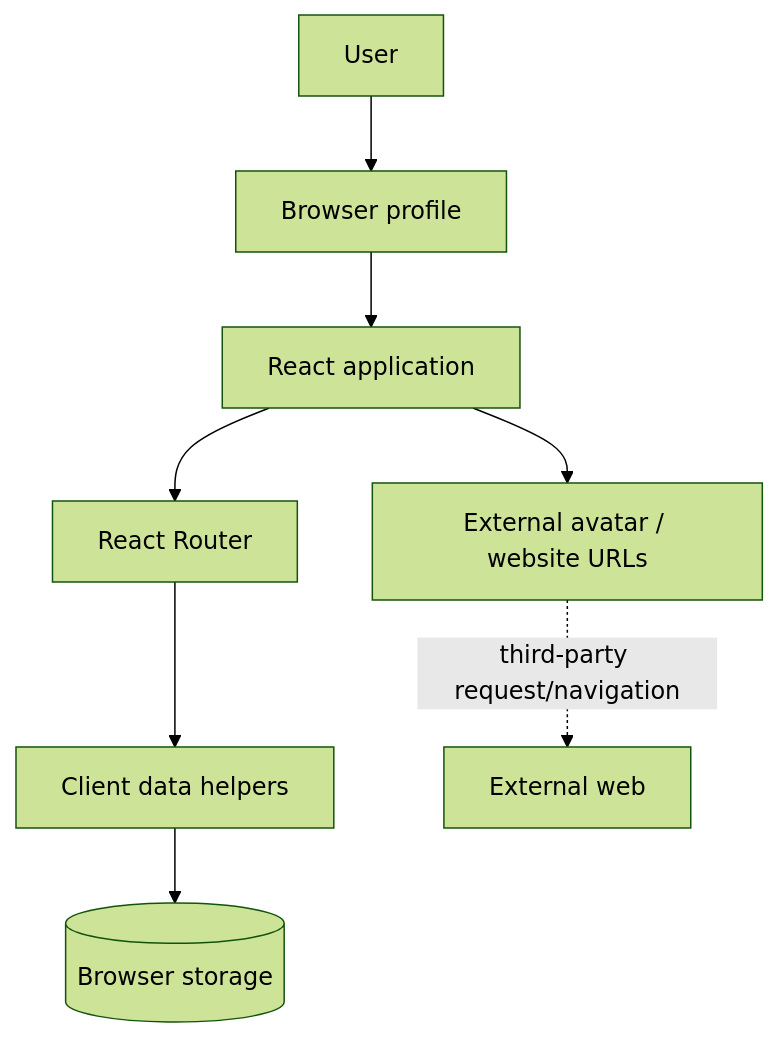
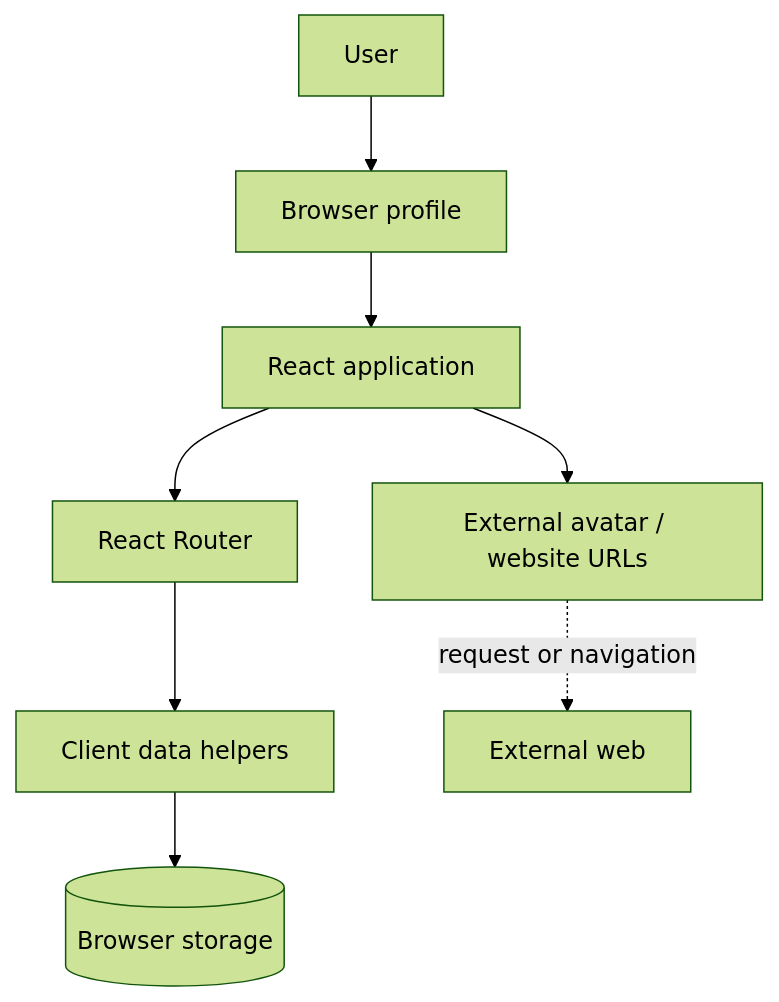
Before and after one commit to Brajesh31/Contact-Display: the diagram in docs/architecture/security-view.md, drawn with Mermaid (forest theme). The commit also changed other lines of this file, not shown here.

````diff
--- a/docs/architecture/security-view.md
+++ b/docs/architecture/security-view.md
@@ -3,10 +3,10 @@
 ```mermaid
 flowchart TD
     User[User] --> Browser[Browser profile]
     Browser --> UI[React application]
     UI --> Router[React Router]
     Router --> Helpers[Client data helpers]
     Helpers --> Storage[(Browser storage)]
     UI --> External[External avatar / website URLs]
-    External -. third-party request/navigation .-> Internet[External web]
+    External -. request or navigation .-> Internet[External web]
 ```
````
